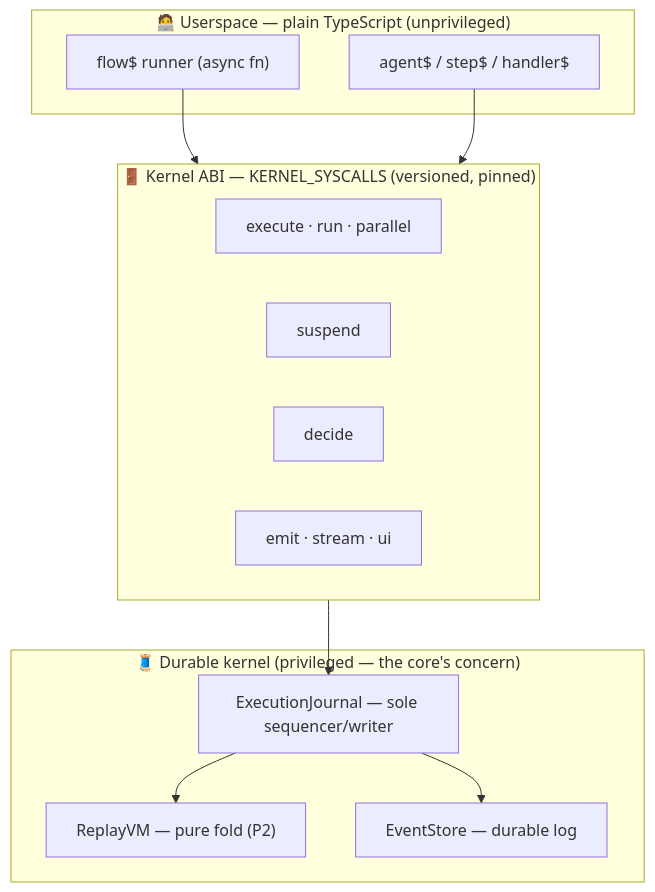
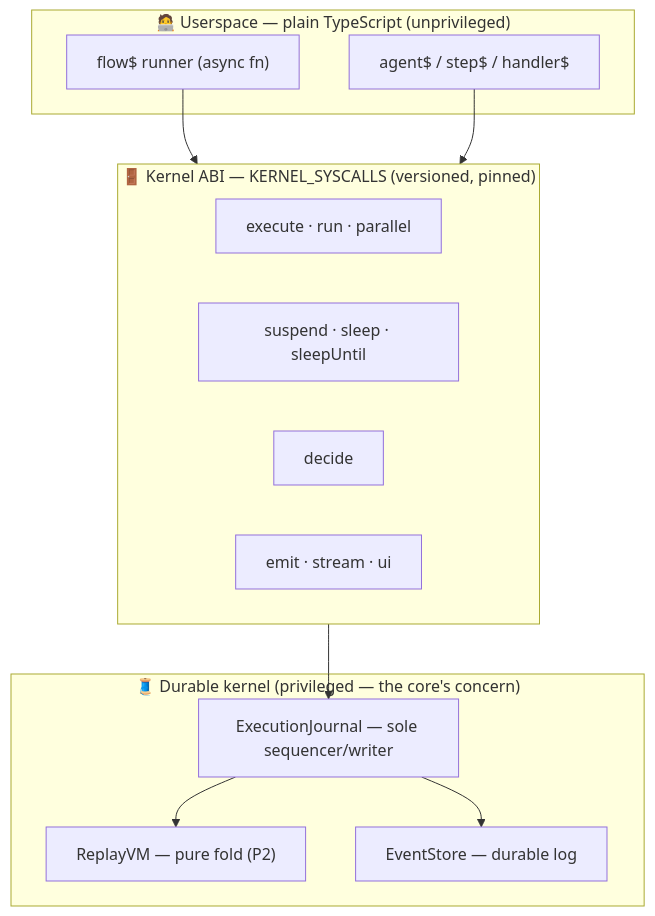
Before and after one commit to chhetrisushil/loom: the first of 8 diagrams in docs/loom-2.0/04-kernel-hardening.md, drawn with Mermaid. The commit also changed 4 other files, not shown here.

First line of the commit message:
docs(architecture): the package map, the agentic layer, and three short syscall lists

````diff
--- a/docs/loom-2.0/04-kernel-hardening.md
+++ b/docs/loom-2.0/04-kernel-hardening.md
@@ -91,26 +91,26 @@
 ```mermaid
 flowchart TB
   subgraph User["🧑‍💻 Userspace — plain TypeScript (unprivileged)"]
     F["flow$ runner (async fn)"]
     A["agent$ / step$ / handler$"]
   end
 
   subgraph ABI["🚪 Kernel ABI — KERNEL_SYSCALLS (versioned, pinned)"]
     S1["execute · run · parallel"]
-    S2["suspend"]
+    S2["suspend · sleep · sleepUntil"]
     S3["decide"]
     S4["emit · stream · ui"]
   end
 
   subgraph Kernel["🧵 Durable kernel (privileged — the core's concern)"]
     J["ExecutionJournal — sole sequencer/writer"]
     VM["ReplayVM — pure fold (P2)"]
     ES["EventStore — durable log"]
   end
 
   F --> ABI
   A --> ABI
   ABI --> J
   J --> VM
   J --> ES
 ```
````
